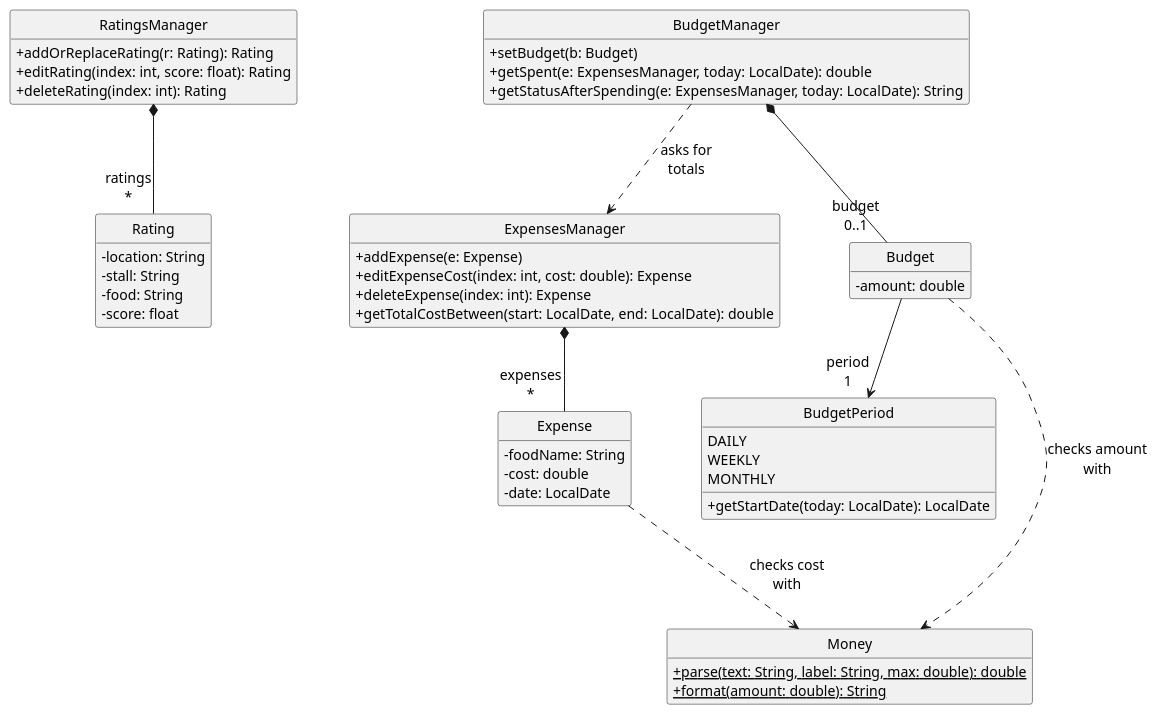
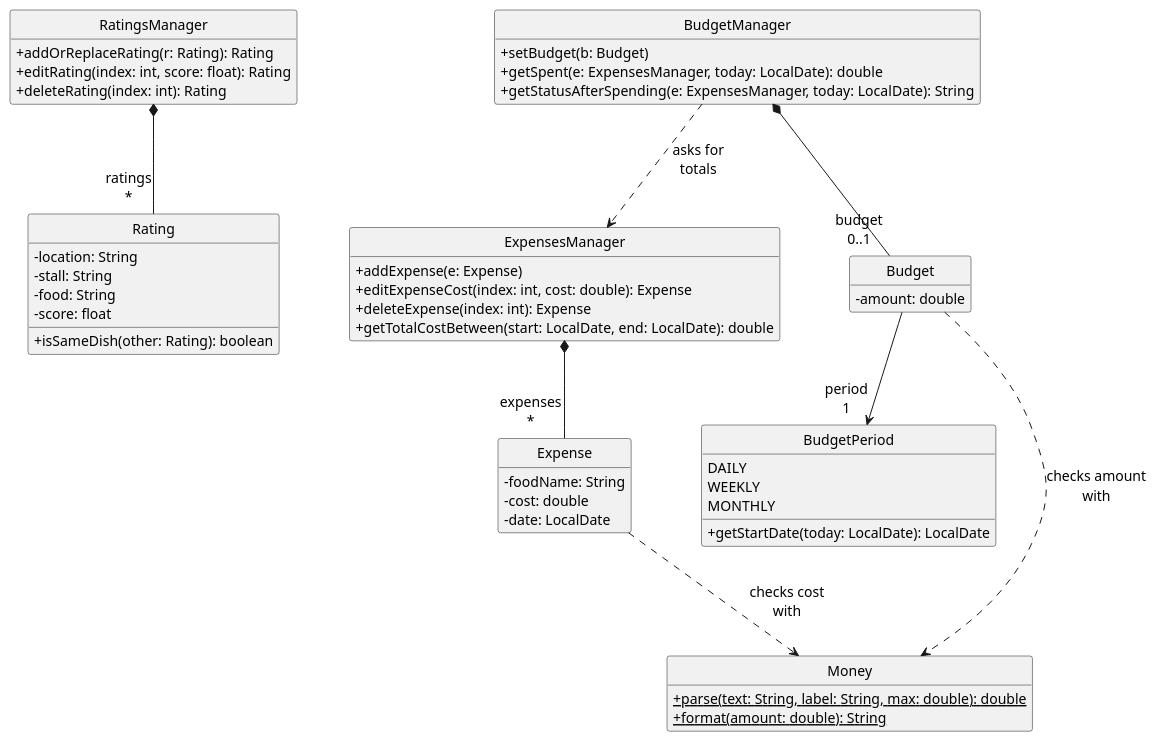
One commit to AY2627S1-CS2113-W10-3/tp changed the diagram in docs/diagrams/ModelClassDiagram.puml. Above: the diagram before and after it, drawn with PlantUML. The commit also changed 7 other files, not shown here.

First line of the commit message:
Update DG diagrams for rate ? suggestions

```diff
--- a/docs/diagrams/ModelClassDiagram.puml
+++ b/docs/diagrams/ModelClassDiagram.puml
@@ -1,67 +1,68 @@
 @startuml
 ' Model component: the classes that hold the user's data while the app runs.
 skinparam shadowing false
 skinparam classAttributeIconSize 0
 skinparam defaultFontSize 14
 skinparam nodesep 70
 skinparam ranksep 70
 hide circle
 hide empty members
 
 class RatingsManager {
     +addOrReplaceRating(r: Rating): Rating
     +editRating(index: int, score: float): Rating
     +deleteRating(index: int): Rating
 }
 
 class Rating {
     -location: String
     -stall: String
     -food: String
     -score: float
+    +isSameDish(other: Rating): boolean
 }
 
 class ExpensesManager {
     +addExpense(e: Expense)
     +editExpenseCost(index: int, cost: double): Expense
     +deleteExpense(index: int): Expense
     +getTotalCostBetween(start: LocalDate, end: LocalDate): double
 }
 
 class Expense {
     -foodName: String
     -cost: double
     -date: LocalDate
 }
 
 class BudgetManager {
     +setBudget(b: Budget)
     +getSpent(e: ExpensesManager, today: LocalDate): double
     +getStatusAfterSpending(e: ExpensesManager, today: LocalDate): String
 }
 
 class Budget {
     -amount: double
 }
 
 enum BudgetPeriod {
     DAILY
     WEEKLY
     MONTHLY
     +getStartDate(today: LocalDate): LocalDate
 }
 
 class Money {
     {static} +parse(text: String, label: String, max: double): double
     {static} +format(amount: double): String
 }
 
 RatingsManager *-- "ratings\n*" Rating
 ExpensesManager *-- "expenses\n*" Expense
 BudgetManager *-- "budget\n0..1" Budget
 Budget --> "period\n1" BudgetPeriod
 
 BudgetManager ..> ExpensesManager : asks for\ntotals
 Expense ..> Money : checks cost\nwith
 Budget ..> Money : checks amount\nwith
 @enduml
```
